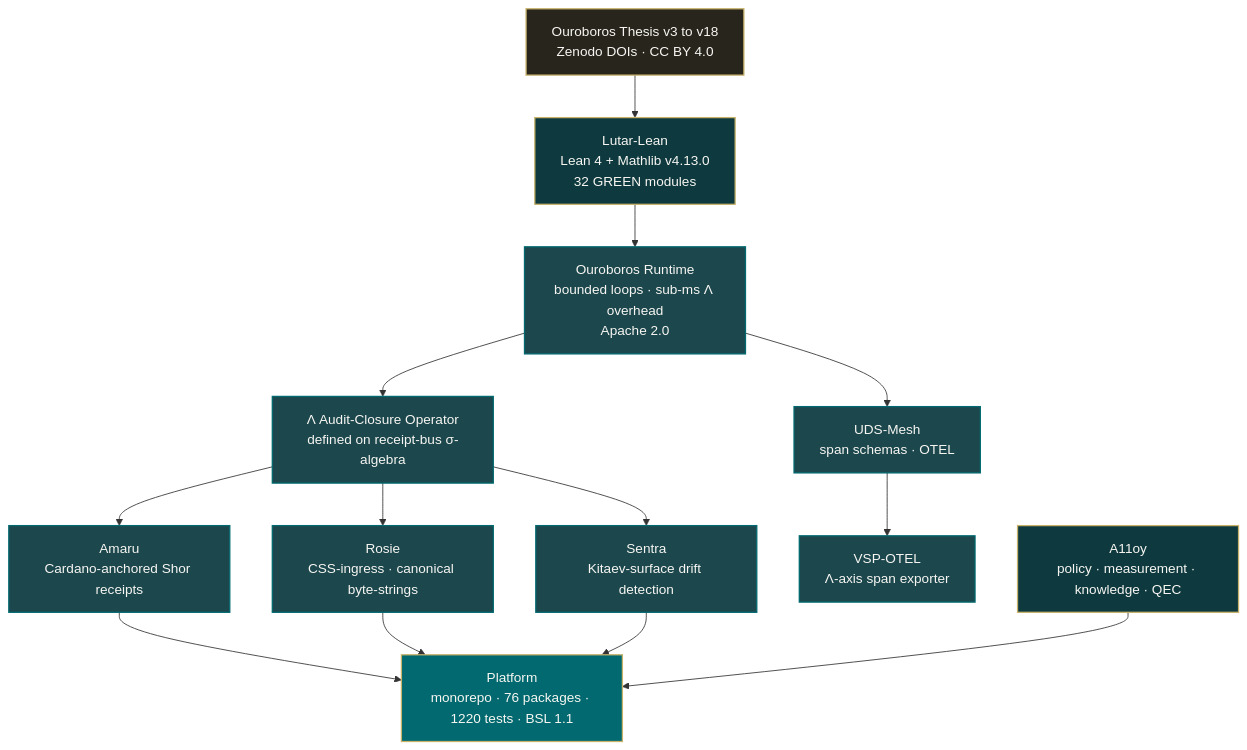
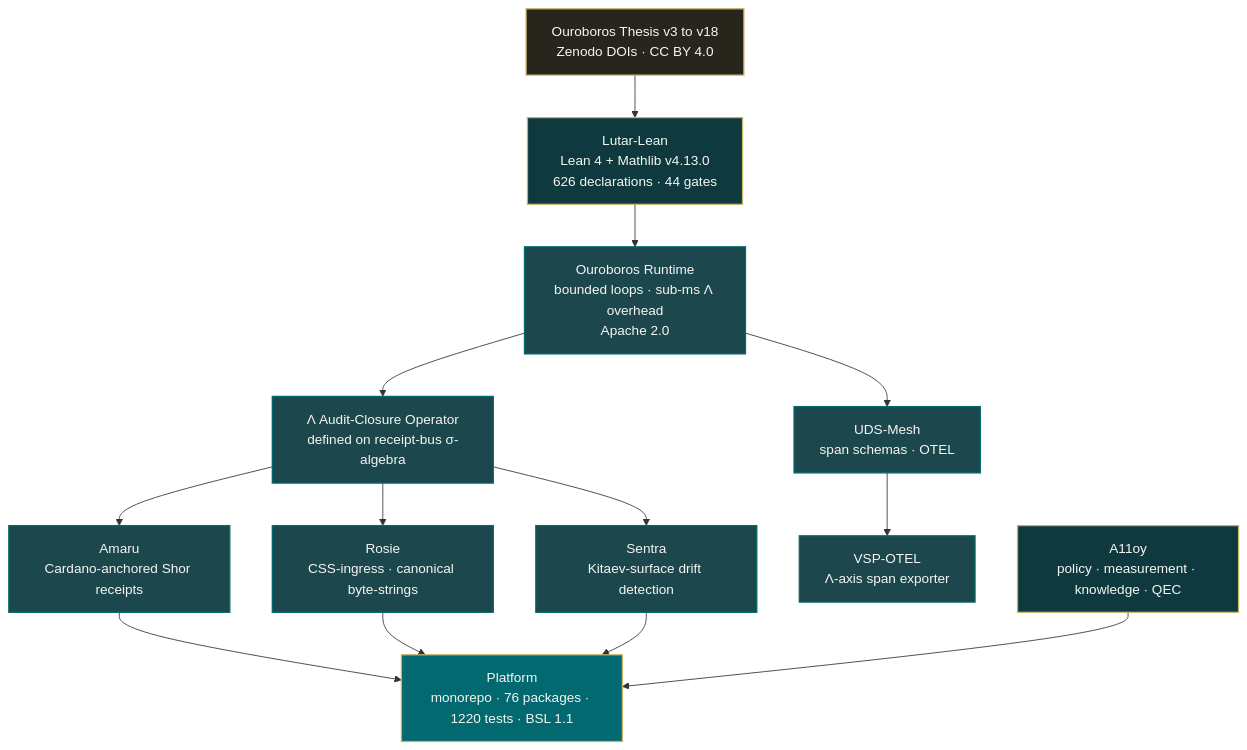
One commit to szl-holdings/.github changed the second of 2 diagrams in profile/README.md. Above: the diagram before and after it, drawn with Mermaid. The commit also changed other lines of this file, not shown here.

````diff
--- a/profile/README.md
+++ b/profile/README.md
@@ -216,30 +216,30 @@
 ```mermaid
 flowchart TD
     classDef research fill:#28251D,stroke:#C8B26A,color:#F7F6F2,stroke-width:1.5px;
     classDef runtime  fill:#1B474D,stroke:#01696F,color:#F7F6F2,stroke-width:1.5px;
     classDef sdk      fill:#0E3A3F,stroke:#C8B26A,color:#F7F6F2,stroke-width:1.5px;
     classDef platform fill:#01696F,stroke:#C8B26A,color:#F7F6F2,stroke-width:1.5px;
     classDef surface  fill:#F7F6F2,stroke:#01696F,color:#1B474D,stroke-width:1.5px;
 
     T["Ouroboros Thesis v3 to v18<br/>Zenodo DOIs · CC BY 4.0"]:::research
-    K["Lutar-Lean<br/>Lean 4 + Mathlib v4.13.0<br/>32 GREEN modules"]:::sdk
+    K["Lutar-Lean<br/>Lean 4 + Mathlib v4.13.0<br/>626 declarations · 44 gates"]:::sdk
     R["Ouroboros Runtime<br/>bounded loops · sub-ms Λ overhead<br/>Apache 2.0"]:::runtime
     L["Λ Audit-Closure Operator<br/>defined on receipt-bus σ-algebra"]:::runtime
     A["Amaru<br/>Cardano-anchored Shor receipts"]:::runtime
     Ro["Rosie<br/>CSS-ingress · canonical byte-strings"]:::runtime
     S["Sentra<br/>Kitaev-surface drift detection"]:::runtime
     U["UDS-Mesh<br/>span schemas · OTEL"]:::runtime
     V["VSP-OTEL<br/>Λ-axis span exporter"]:::runtime
     All["A11oy<br/>policy · measurement · knowledge · QEC"]:::sdk
     P["Platform<br/>monorepo · 76 packages · 1220 tests · BSL 1.1"]:::platform
 
     T --> K --> R --> L
     L --> A
     L --> Ro
     L --> S
     R --> U --> V
     All --> P
     A --> P
     Ro --> P
     S --> P
 ```
````
